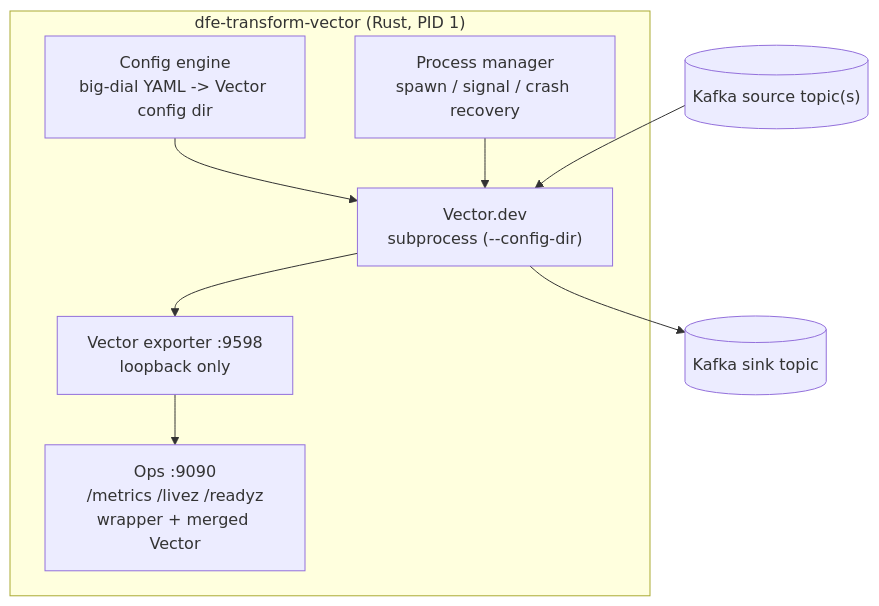
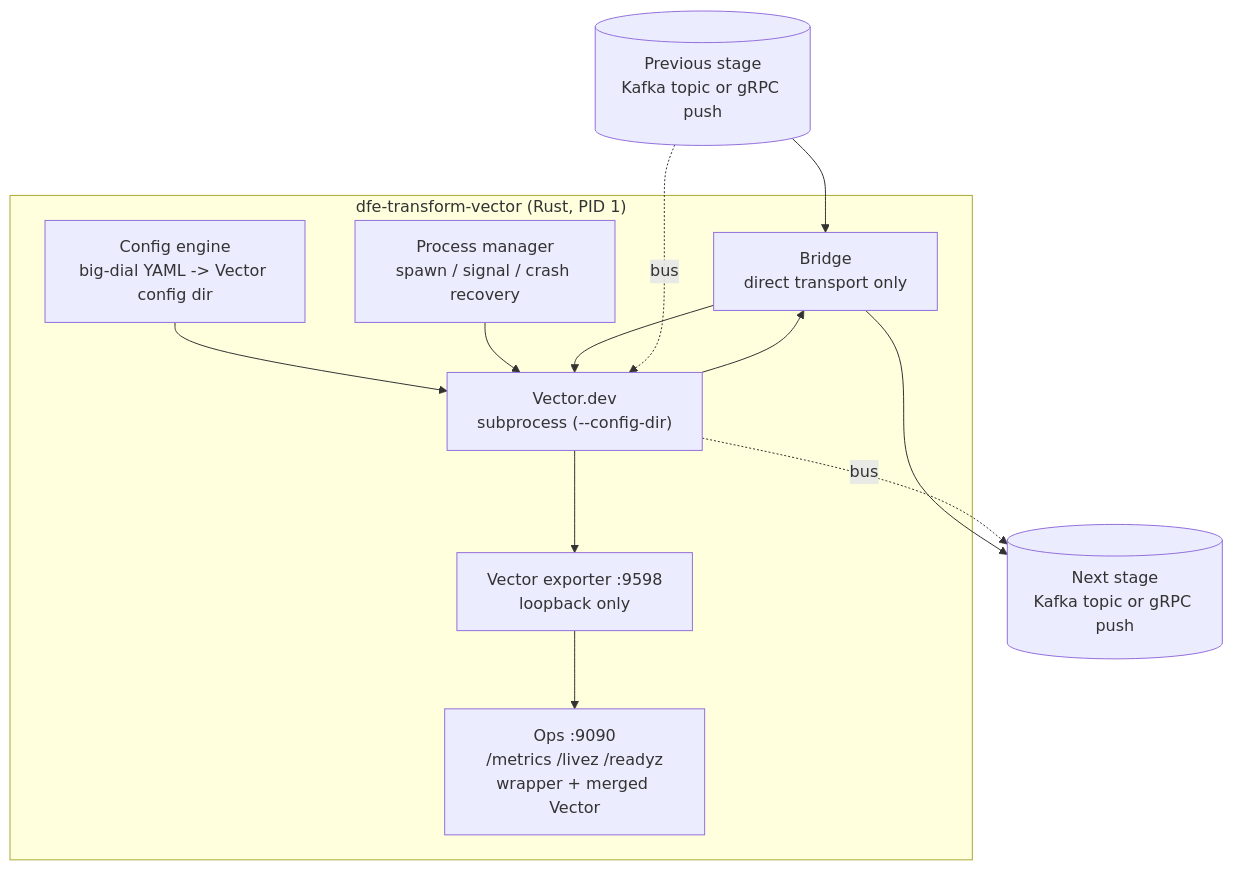
The diagram in README.md (hyperi-io/dfe-transform-vector), drawn with Mermaid before and after one commit. The commit also changed other lines of this file and 24 other files, not shown here.

First line of the commit message:
fix: direct transport through a supervisor bridge, and copy-paste templates

````diff
--- a/README.md
+++ b/README.md
@@ -10,16 +10,18 @@
 ```mermaid
 flowchart TB
-    SRC[("Kafka source topic(s)")]
-    SINK[("Kafka sink topic")]
+    SRC[("Previous stage<br/>Kafka topic or gRPC push")]
+    SINK[("Next stage<br/>Kafka topic or gRPC push")]
     subgraph W["dfe-transform-vector (Rust, PID 1)"]
         CE["Config engine<br/>big-dial YAML -> Vector config dir"]
         PM["Process manager<br/>spawn / signal / crash recovery"]
+        BR["Bridge<br/>direct transport only"]
         VEC["Vector.dev<br/>subprocess (--config-dir)"]
         OPS["Ops :9090<br/>/metrics /livez /readyz<br/>wrapper + merged Vector"]
         EXP["Vector exporter :9598<br/>loopback only"]
         VEC --> EXP --> OPS
         CE --> VEC
         PM --> VEC
     end
-    SRC --> VEC --> SINK
+    SRC --> BR --> VEC --> BR --> SINK
+    SRC -.bus.-> VEC -.bus.-> SINK
 ```
````
